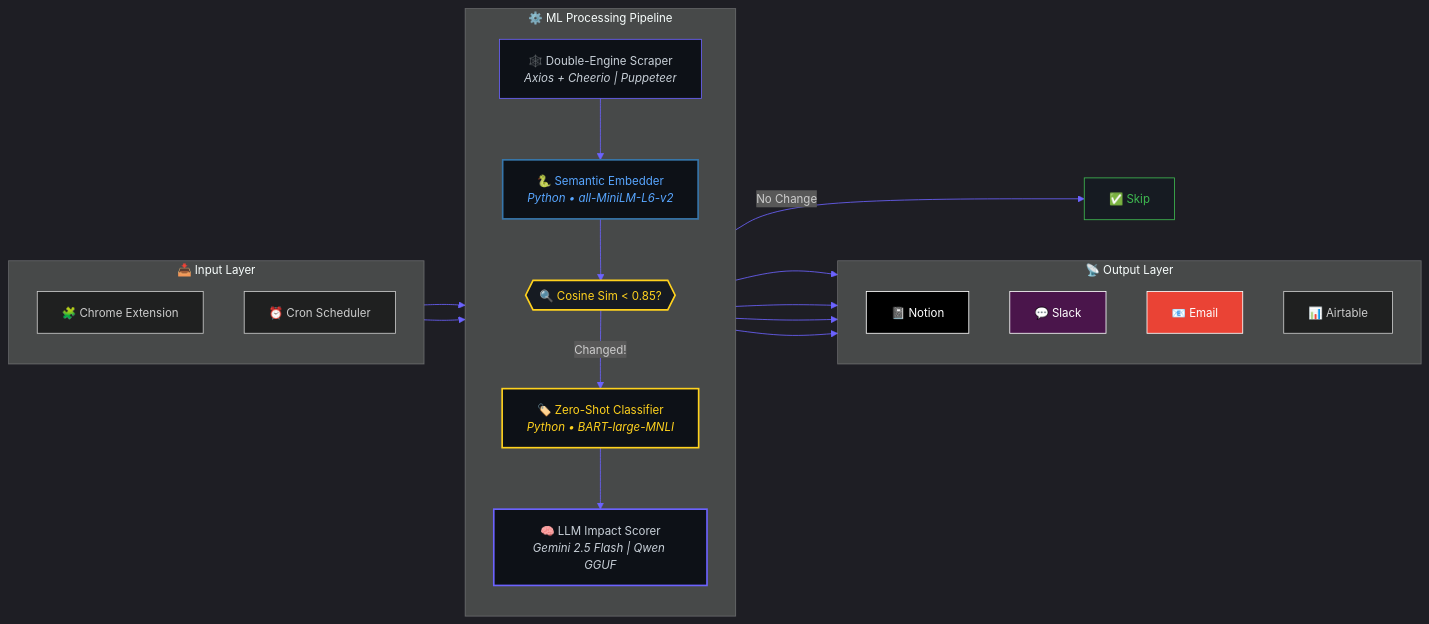
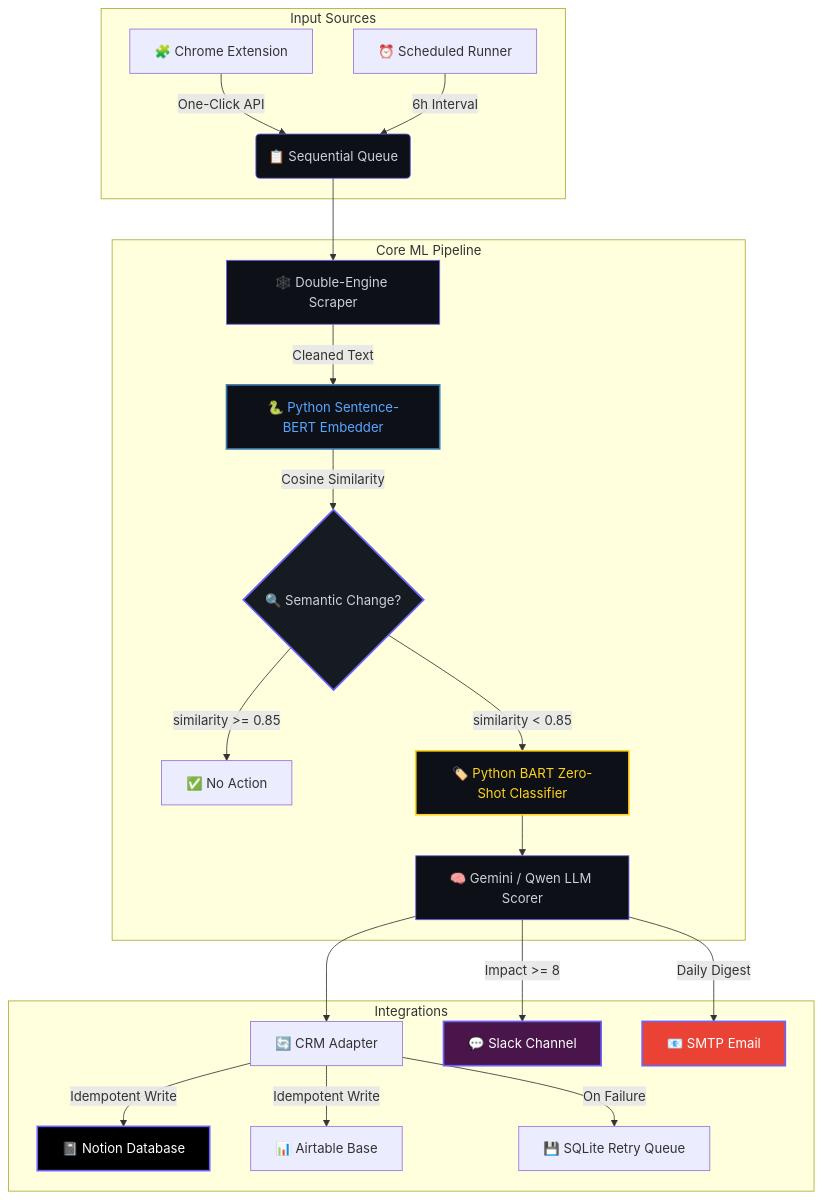
One commit to NitheshK4/Autonomous-Competitor-Intelligence-Engine changed the first of 2 diagrams in README.md. Above: the diagram before and after it, drawn with Mermaid. The commit also changed other lines of this file, not shown here.

Commit message:
📖 Restore animated README + add Chrome Extension deep-dive section with MV3 architecture diagram

````diff
--- a/README.md
+++ b/README.md
@@ -57,49 +60,35 @@
 ```mermaid
-%%{init: {'theme': 'dark', 'themeVariables': { 'primaryColor': '#6C63FF', 'primaryTextColor': '#c9d1d9', 'primaryBorderColor': '#6C63FF', 'lineColor': '#6C63FF', 'secondaryColor': '#161b22', 'tertiaryColor': '#0d1117', 'fontSize': '14px'}}}%%
-
-graph LR
-    subgraph INPUT["📥 Input Layer"]
-        direction TB
-        EXT["🧩 Chrome Extension"]
-        CRON["⏰ Cron Scheduler"]
+graph TD
+    subgraph Input Sources
+        A["🧩 Chrome Extension"] -->|"One-Click API"| B("📋 Sequential Queue")
+        C["⏰ Scheduled Runner"] -->|"6h Interval"| B
     end
 
-    subgraph PIPELINE["⚙️ ML Processing Pipeline"]
-        direction TB
-        SCRAPE["🕸️ Double-Engine Scraper<br/><i>Axios + Cheerio | Puppeteer</i>"]
-        EMBED["🐍 Semantic Embedder<br/><i>Python • all-MiniLM-L6-v2</i>"]
-        GATE{{"🔍 Cosine Sim < 0.85?"}}
-        CLASS["🏷️ Zero-Shot Classifier<br/><i>Python • BART-large-MNLI</i>"]
-        LLM["🧠 LLM Impact Scorer<br/><i>Gemini 2.5 Flash | Qwen GGUF</i>"]
+    subgraph Core ML Pipeline
+        B --> D["🕸️ Double-Engine Scraper"]
+        D -->|"Cleaned Text"| E["🐍 Python Sentence-BERT Embedder"]
+        E -->|"Cosine Similarity"| F{"🔍 Semantic Change?"}
+        F -->|"similarity >= 0.85"| G["✅ No Action"]
+        F -->|"similarity < 0.85"| H["🏷️ Python BART Zero-Shot Classifier"]
+        H --> I["🧠 Gemini / Qwen LLM Scorer"]
     end
 
-    subgraph OUTPUT["📡 Output Layer"]
-        direction TB
-        NOTION["📓 Notion"]
-        SLACK["💬 Slack"]
-        EMAIL["📧 Email"]
-        AIRTABLE["📊 Airtable"]
+    subgraph Integrations
+        I --> J["🔄 CRM Adapter"]
+        J -->|"Idempotent Write"| K["📓 Notion Database"]
+        J -->|"Idempotent Write"| L["📊 Airtable Base"]
+        J -->|"On Failure"| M["💾 SQLite Retry Queue"]
+        I -->|"Impact >= 8"| N["💬 Slack Channel"]
+        I -->|"Daily Digest"| O["📧 SMTP Email"]
     end
 
-    EXT --> SCRAPE
-    CRON --> SCRAPE
-    SCRAPE --> EMBED
-    EMBED --> GATE
-    GATE -->|"No Change"| SKIP["✅ Skip"]
-    GATE -->|"Changed!"| CLASS
-    CLASS --> LLM
-    LLM --> NOTION
-    LLM --> SLACK
-    LLM --> EMAIL
-    LLM --> AIRTABLE
-
-    style GATE fill:#161b22,stroke:#FFD21E,stroke-width:2px,color:#FFD21E
-    style SCRAPE fill:#0d1117,stroke:#6C63FF,stroke-width:1px,color:#c9d1d9
-    style EMBED fill:#0d1117,stroke:#3776AB,stroke-width:2px,color:#58a6ff
-    style CLASS fill:#0d1117,stroke:#FFD21E,stroke-width:2px,color:#FFD21E
-    style LLM fill:#0d1117,stroke:#6C63FF,stroke-width:2px,color:#c9d1d9
-    style NOTION fill:#000,stroke:#fff,stroke-width:1px,color:#fff
-    style SLACK fill:#4A154B,stroke:#fff,stroke-width:1px,color:#fff
-    style EMAIL fill:#EA4335,stroke:#fff,stroke-width:1px,color:#fff
-    style SKIP fill:#161b22,stroke:#3fb950,stroke-width:1px,color:#3fb950
+    style K fill:#000000,stroke:#6C63FF,stroke-width:2px,color:#fff
+    style N fill:#4A154B,stroke:#6C63FF,stroke-width:2px,color:#fff
+    style O fill:#EA4335,stroke:#6C63FF,stroke-width:2px,color:#fff
+    style B fill:#0d1117,stroke:#6C63FF,stroke-width:1px,color:#c9d1d9
+    style D fill:#0d1117,stroke:#6C63FF,stroke-width:1px,color:#c9d1d9
+    style E fill:#0d1117,stroke:#3776AB,stroke-width:2px,color:#58a6ff
+    style H fill:#0d1117,stroke:#FFD21E,stroke-width:2px,color:#FFD21E
+    style I fill:#0d1117,stroke:#6C63FF,stroke-width:1px,color:#c9d1d9
+    style F fill:#161b22,stroke:#6C63FF,stroke-width:2px,color:#c9d1d9
 ```
````
